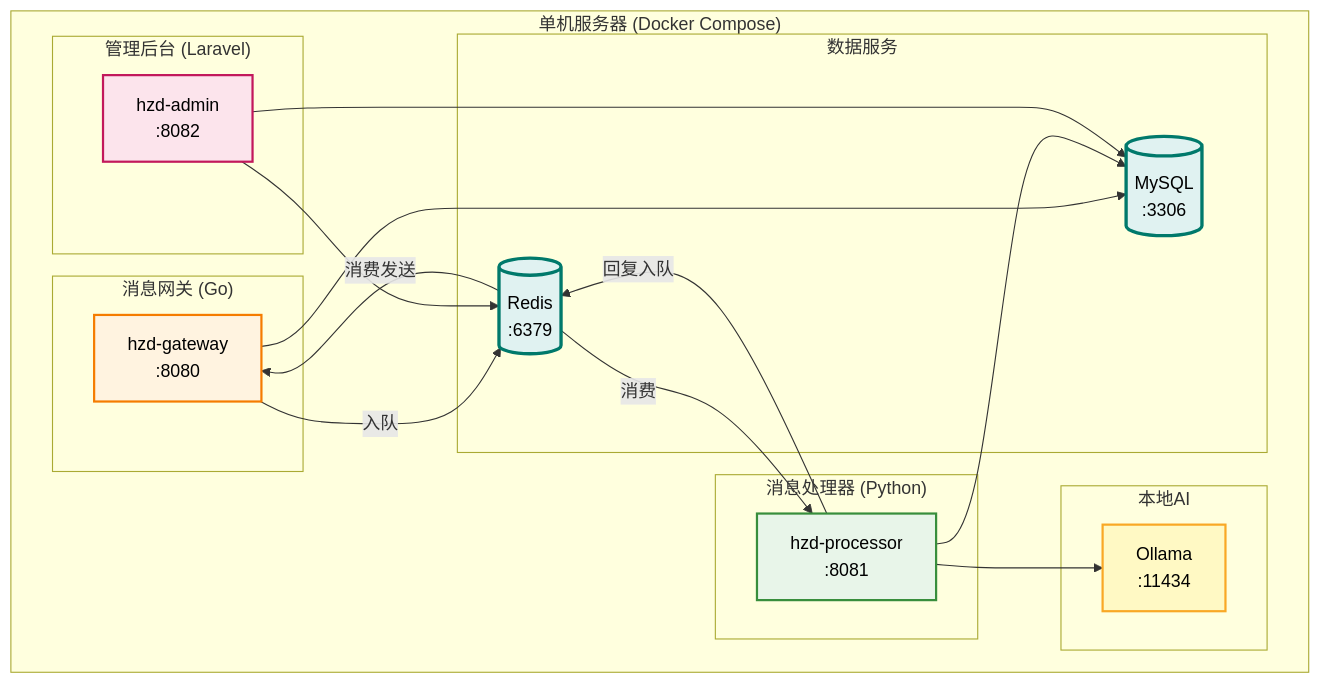
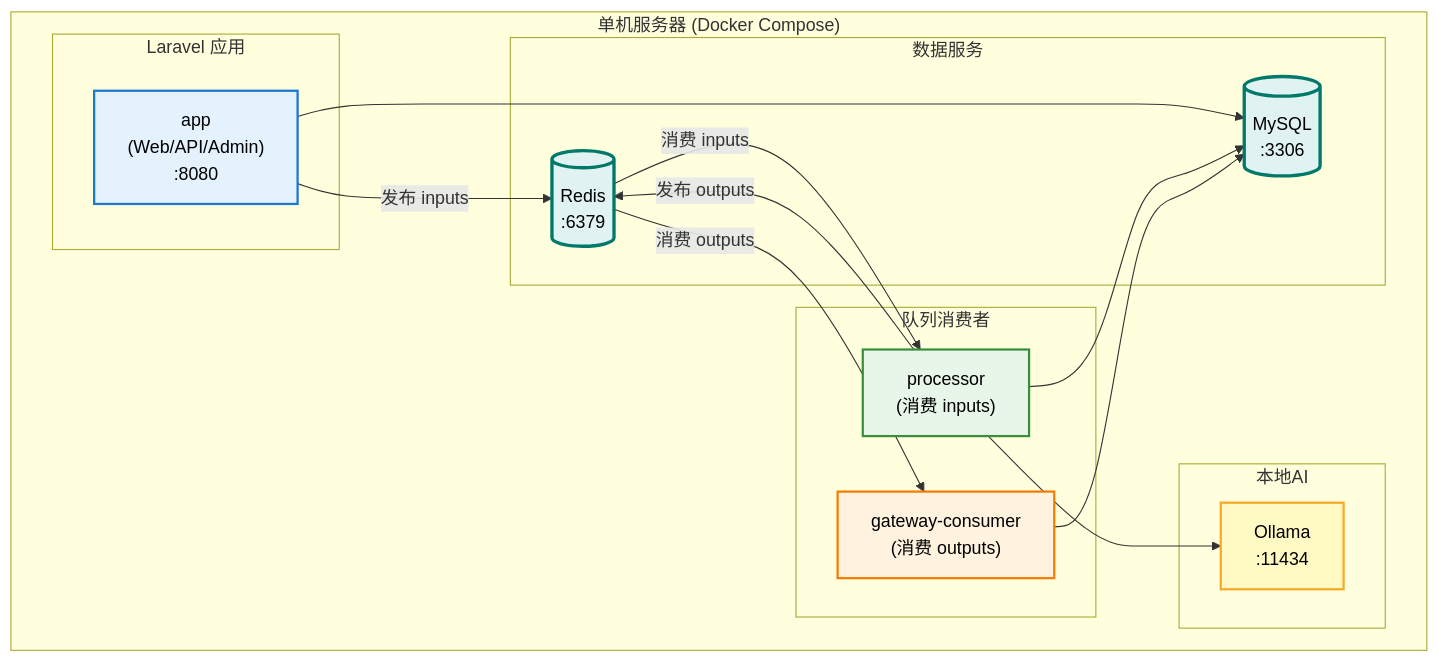
One commit to liushoukun/huizhida-chatbot changed diagram 16 of 18 in docs/requirements.md. Above: the diagram before and after it, drawn with Mermaid. The commit also changed other lines of this file and 33 other files, not shown here.

````diff
--- a/docs/requirements.md
+++ b/docs/requirements.md
@@ -2543,51 +1913,47 @@
 ```mermaid
 flowchart TB
     subgraph Server["单机服务器 (Docker Compose)"]
-        subgraph Gateway["消息网关 (Go)"]
-            GatewayApp["hzd-gateway<br/>:8080"]
+        subgraph LaravelApp["Laravel 应用"]
+            App["app<br/>(Web/API/Admin)<br/>:8080"]
         end
         
-        subgraph Processor["消息处理器 (Python)"]
-            ProcessorApp["hzd-processor<br/>:8081"]
-        end
-        
-        subgraph Admin["管理后台 (Laravel)"]
-            AdminApp["hzd-admin<br/>:8082"]
+        subgraph QueueWorkers["队列消费者"]
+            Processor["processor<br/>(消费 inputs)"]
+            GatewayConsumer["gateway-consumer<br/>(消费 outputs)"]
         end
         
         subgraph LocalAI["本地AI"]
             Ollama["Ollama<br/>:11434"]
         end
         
         subgraph Data["数据服务"]
             MySQL[("MySQL<br/>:3306")]
             Redis[("Redis<br/>:6379")]
         end
     end
     
-    GatewayApp -->|入队| Redis
-    Redis -->|消费| ProcessorApp
-    ProcessorApp -->|回复入队| Redis
-    Redis -->|消费发送| GatewayApp
+    App -->|"发布 inputs"| Redis
+    Redis -->|"消费 inputs"| Processor
+    Processor -->|"发布 outputs"| Redis
+    Redis -->|"消费 outputs"| GatewayConsumer
     
-    ProcessorApp --> Ollama
+    Processor --> Ollama
     
-    GatewayApp --> MySQL
-    ProcessorApp --> MySQL
-    AdminApp --> MySQL
-    AdminApp --> Redis
+    App --> MySQL
+    Processor --> MySQL
+    GatewayConsumer --> MySQL
 
     %% 样式定义
+    classDef appStyle fill:#E3F2FD,stroke:#1976D2,stroke-width:2px,color:#000
+    classDef processorStyle fill:#E8F5E9,stroke:#388E3C,stroke-width:2px,color:#000
     classDef gatewayStyle fill:#FFF3E0,stroke:#F57C00,stroke-width:2px,color:#000
-    classDef processorStyle fill:#E8F5E9,stroke:#388E3C,stroke-width:2px,color:#000
-    classDef adminStyle fill:#FCE4EC,stroke:#C2185B,stroke-width:2px,color:#000
     classDef aiStyle fill:#FFF9C4,stroke:#F9A825,stroke-width:2px,color:#000
     classDef dbStyle fill:#E0F2F1,stroke:#00796B,stroke-width:3px,color:#000
 
     %% 应用样式
-    class GatewayApp gatewayStyle
-    class ProcessorApp processorStyle
-    class AdminApp adminStyle
+    class App appStyle
+    class Processor processorStyle
+    class GatewayConsumer gatewayStyle
     class Ollama aiStyle
     class MySQL,Redis dbStyle
 ```
````
